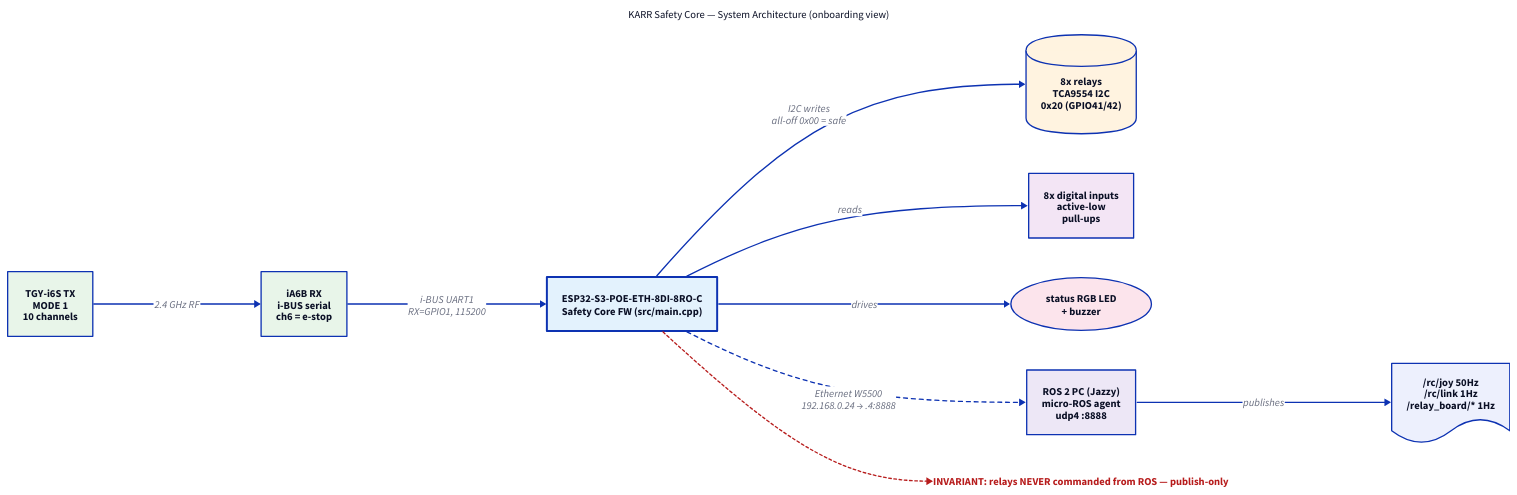
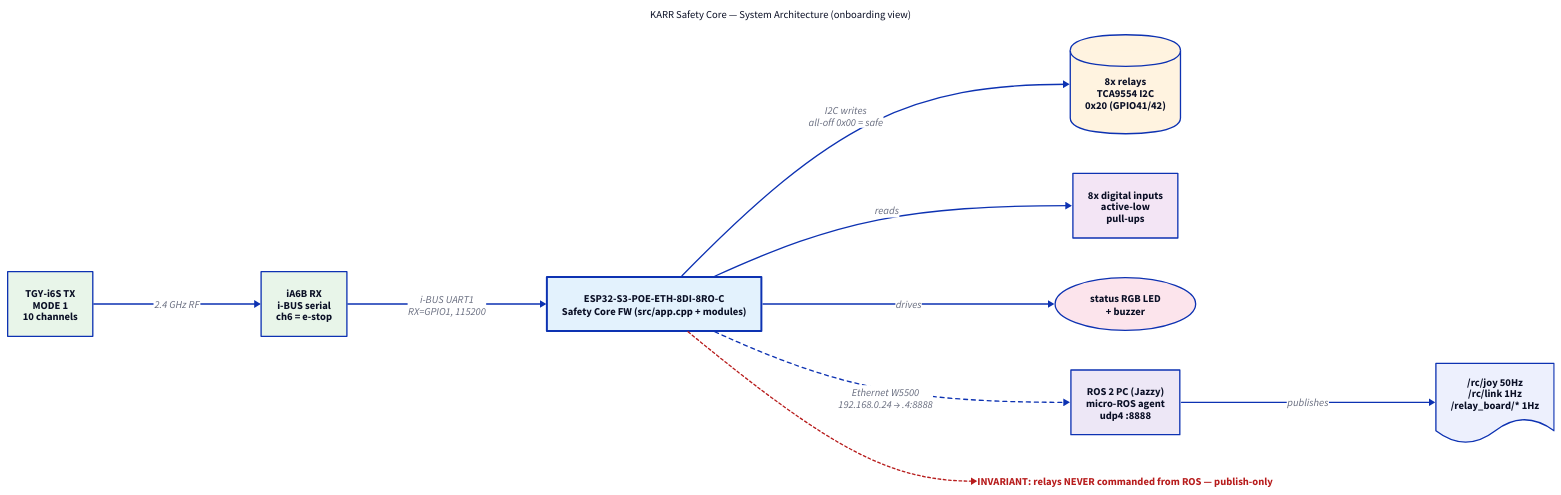
The diagram in docs/diagrams/01-system-architecture.d2 (Aeolus96/karr-safety-core), drawn with D2 before and after one commit. The commit also changed 31 other files, not shown here.

```diff
--- a/docs/diagrams/01-system-architecture.d2
+++ b/docs/diagrams/01-system-architecture.d2
@@ -1,71 +1,71 @@
 # D2 diagrams are text files — edit the `.d2`, preview live, export `.svg`.
 # direction controls layout flow for the whole board.
 direction: right
 
 title: "KARR Safety Core — System Architecture (onboarding view)" {
   shape: text
   near: top-center
 }
 
 # --- Left: human input ---
 tx: "TGY-i6S TX\nMODE 1\n10 channels" {
   shape: rectangle
   style.fill: "#e8f5e9"
 }
 rx: "iA6B RX\ni-BUS serial\nch6 = e-stop" {
   shape: rectangle
   style.fill: "#e8f5e9"
 }
 
 # --- Middle: firmware under test ---
-esp32: "ESP32-S3-POE-ETH-8DI-8RO-C\nSafety Core FW (src/main.cpp)" {
+esp32: "ESP32-S3-POE-ETH-8DI-8RO-C\nSafety Core FW (src/app.cpp + modules)" {
   shape: rectangle
   style.fill: "#e3f2fd"
   style.stroke-width: 3
 }
 
 # Outputs / inputs on the board
 relays: "8x relays\nTCA9554 I2C\n0x20 (GPIO41/42)" {
   shape: cylinder
   style.fill: "#fff3e0"
 }
 inputs: "8x digital inputs\nactive-low\npull-ups" {
   shape: rectangle
   style.fill: "#f3e5f5"
 }
 indicators: "status RGB LED\n+ buzzer" {
   shape: oval
   style.fill: "#fce4ec"
 }
 
 # --- Right: ROS side (observe-only) ---
 pc: "ROS 2 PC (Jazzy)\nmicro-ROS agent\nudp4 :8888" {
   shape: rectangle
   style.fill: "#ede7f6"
 }
 topics: "/rc/joy 50Hz\n/rc/link 1Hz\n/relay_board/* 1Hz" {
   shape: document
 }
 
 tx -> rx: "2.4 GHz RF"
 rx -> esp32: "i-BUS UART1\nRX=GPIO1, 115200"
 esp32 -> relays: "I2C writes\nall-off 0x00 = safe" {
   style.stroke-dash: 0
 }
 esp32 -> inputs: "reads"
 esp32 -> indicators: "drives"
 esp32 -> pc: "Ethernet W5500\n192.168.0.24 → .4:8888" {
   style.stroke-dash: 3
 }
 pc -> topics: "publishes"
 
 # Safety invariant as a labeled note
 note: "INVARIANT: relays NEVER commanded from ROS — publish-only" {
   shape: text
   style.font-color: "#b71c1c"
   style.bold: true
 }
 esp32 -> note: "" {
   style.stroke: "#b71c1c"
   style.stroke-dash: 2
 }
```
